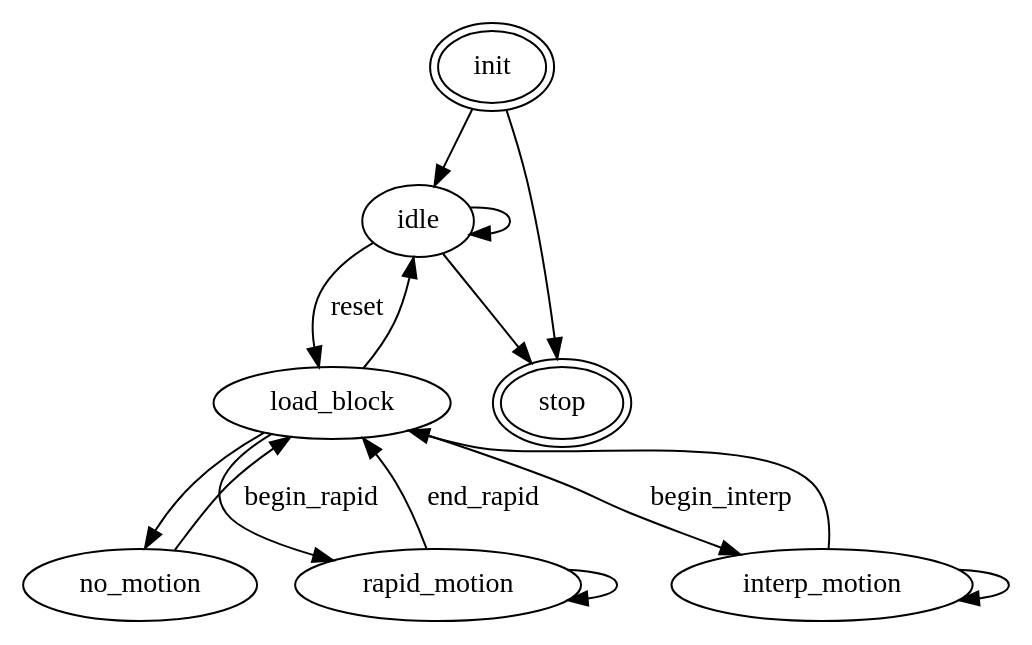
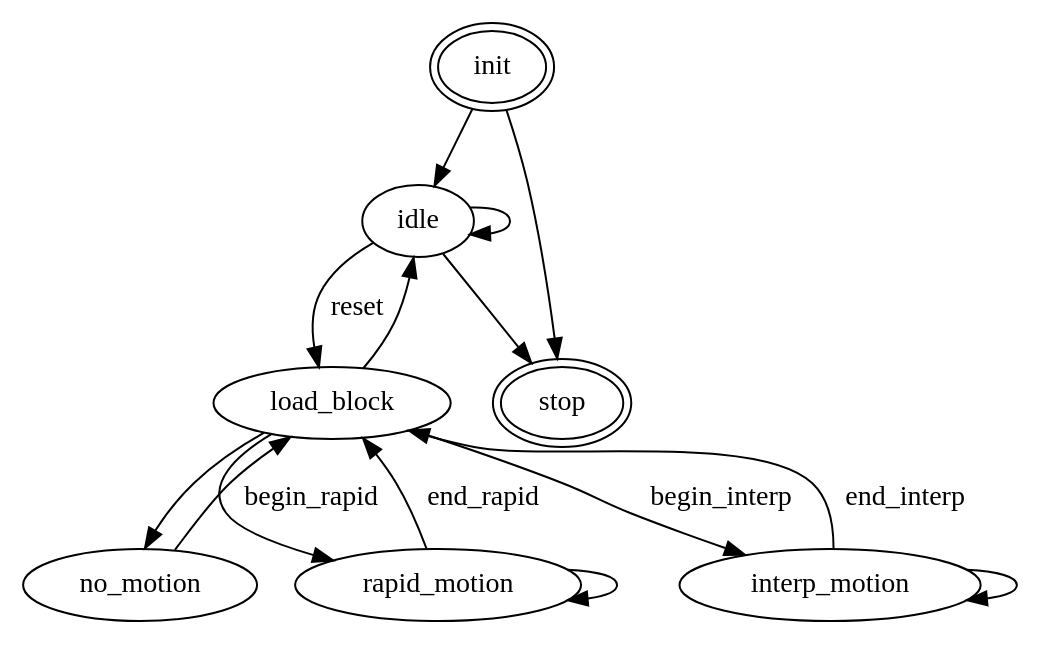
Before and after one commit to Marcosterlo/DM: the diagram in src/fsm.dot, drawn with Graphviz. The commit also changed 82 other files, not shown here.

```diff
--- a/src/fsm.dot
+++ b/src/fsm.dot
@@ -1,36 +1,36 @@
 #    ____       ____ _   _  ____ 
 #   / ___|     / ___| \ | |/ ___|
 #  | |   _____| |   |  \| | |    
 #  | |__|_____| |___| |\  | |___ 
 #   \____|     \____|_| \_|\____|                              
 # Finite state machine description for C-CNC
 # Generate the code with the following command, run from the project root:
-# gv_fsm src/fsm.dot -o src/fsm -p C-CNC -d "Finite state machine for C-CNC" -x ccnc -k stop
+# gv_fsm src/fsm.dot -o src/fsm -p C-CNC -d "Finite state machine for C-CNC" -x ccnc -k stop -l
 digraph "C-CNC" {
   # List of states
   # Mark pure sink and pure source states with double border (purely cosmetic)
   init [peripheries=2]
   idle
   load_block
   no_motion
   rapid_motion
   interp_motion
   stop [peripheries=2]
 
   # List of transitions
   # Add a label if you want a transition function
   init -> idle
   init -> stop
   idle -> idle
   idle -> load_block [label="reset"]
   load_block -> no_motion
   no_motion -> load_block
   load_block -> rapid_motion [label="begin_rapid"]
   rapid_motion -> rapid_motion
   rapid_motion -> load_block [label="end_rapid"]
   load_block -> interp_motion [label="begin_interp"]
   interp_motion -> interp_motion
-  interp_motion -> load_block
+  interp_motion -> load_block [label="end_interp"]
   load_block -> idle
   idle -> stop
 }
```
